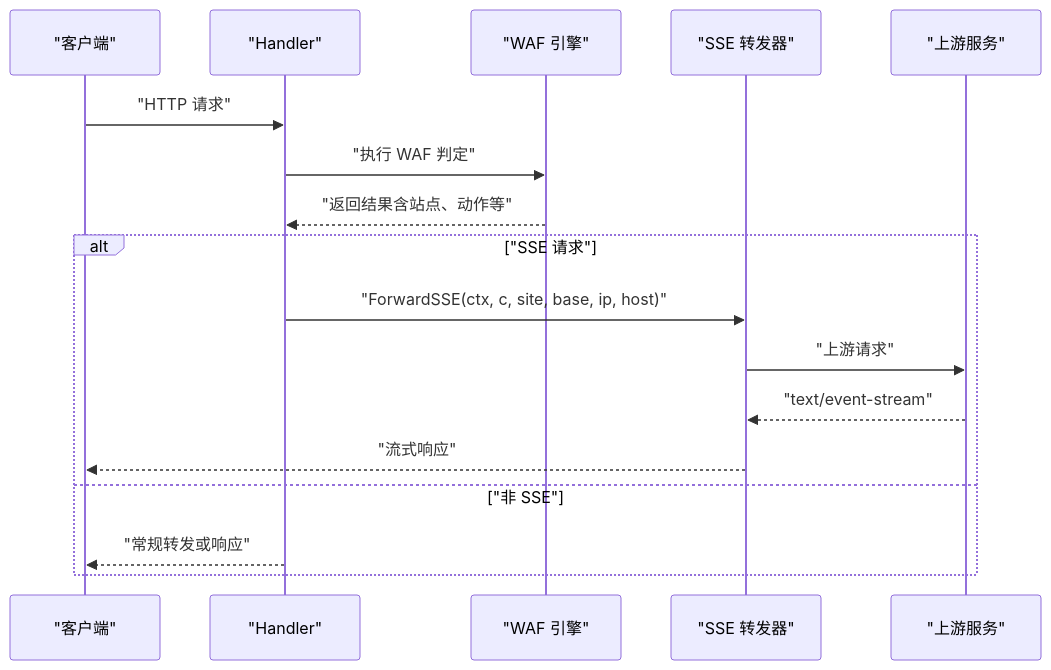
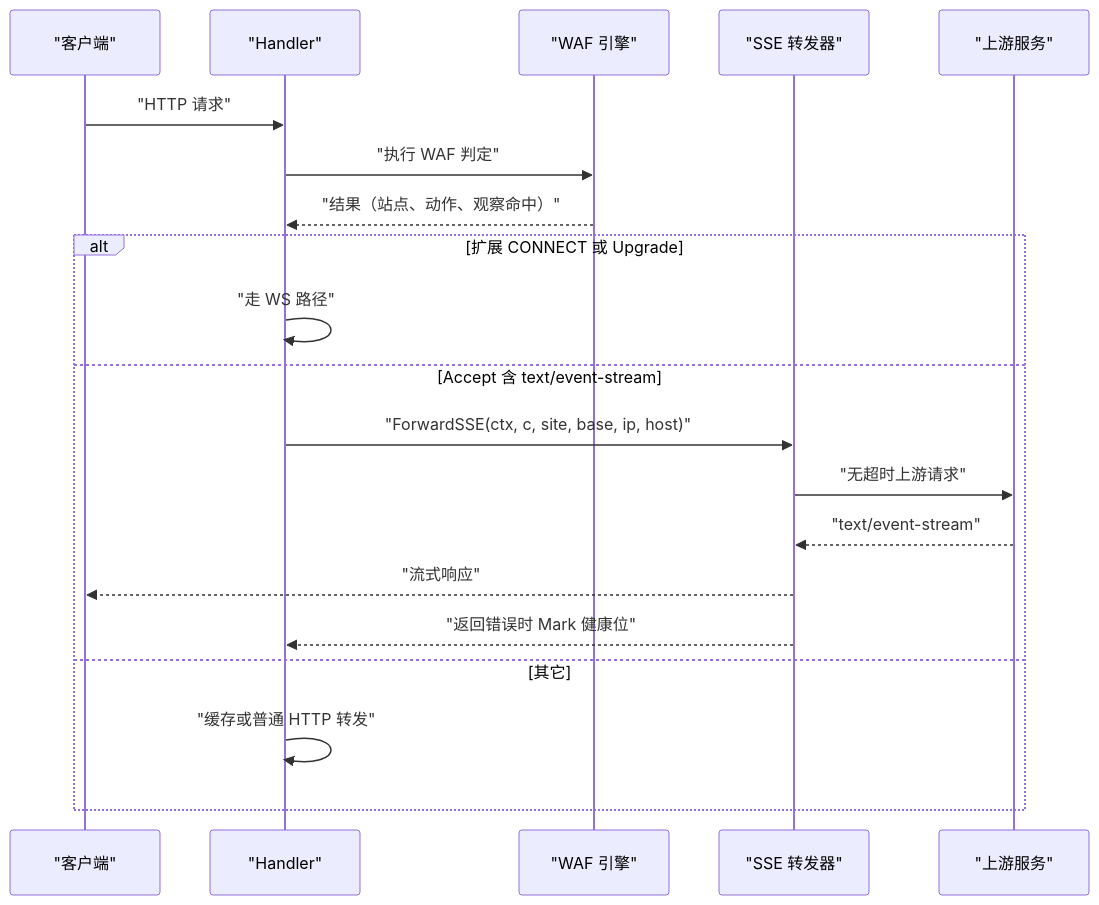
One commit to x01n/My-OpenWaf changed the fifth of 9 diagrams in docs/数据平面处理/SSE 事件推送.md. Above: the diagram before and after it, drawn with Mermaid. The commit also changed other lines of this file and 622 other files, not shown here.

````diff
--- a/docs/数据平面处理/SSE 事件推送.md
+++ b/docs/数据平面处理/SSE 事件推送.md
@@ -170,19 +261,22 @@
 ```mermaid
 sequenceDiagram
 participant C as "客户端"
 participant H as "Handler"
 participant E as "WAF 引擎"
 participant S as "SSE 转发器"
 participant U as "上游服务"
 C->>H : "HTTP 请求"
 H->>E : "执行 WAF 判定"
-E-->>H : "返回结果含站点、动作等"
-alt "SSE 请求"
+E-->>H : "结果（站点、动作、观察命中）"
+alt 扩展 CONNECT 或 Upgrade
+H->>H : "走 WS 路径"
+else Accept 含 text/event-stream
 H->>S : "ForwardSSE(ctx, c, site, base, ip, host)"
-S->>U : "上游请求"
+S->>U : "无超时上游请求"
 U-->>S : "text/event-stream"
 S-->>C : "流式响应"
-else "非 SSE"
-H-->>C : "常规转发或响应"
+S-->>H : "返回错误时 Mark 健康位"
+else 其它
+H->>H : "缓存或普通 HTTP 转发"
 end
 ```
````
